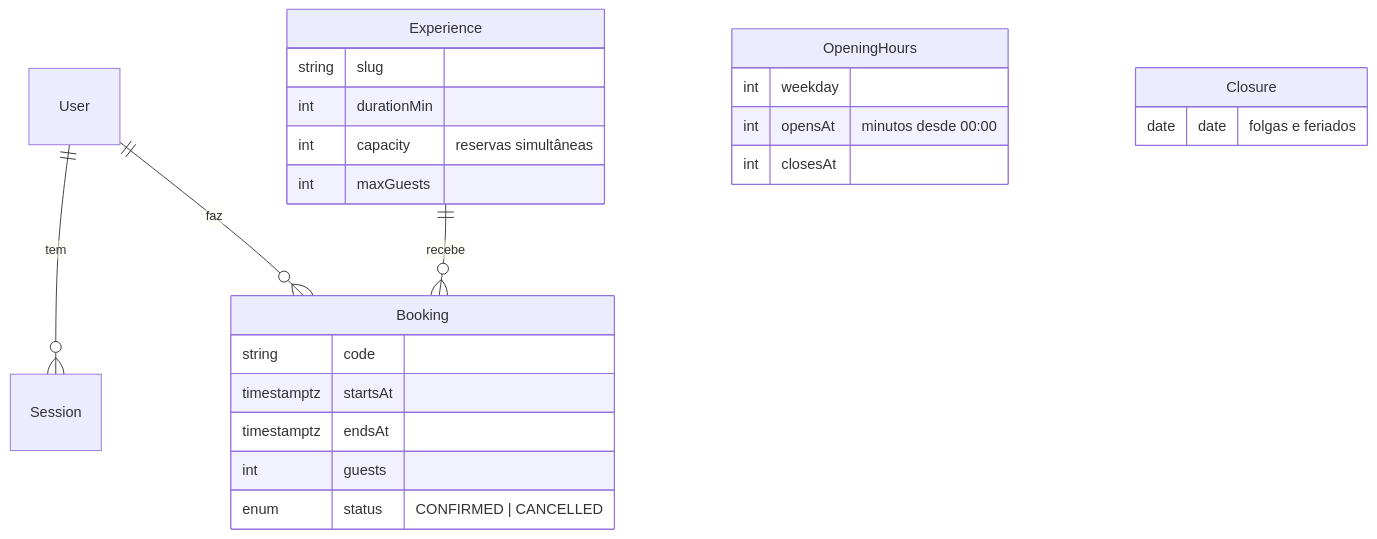
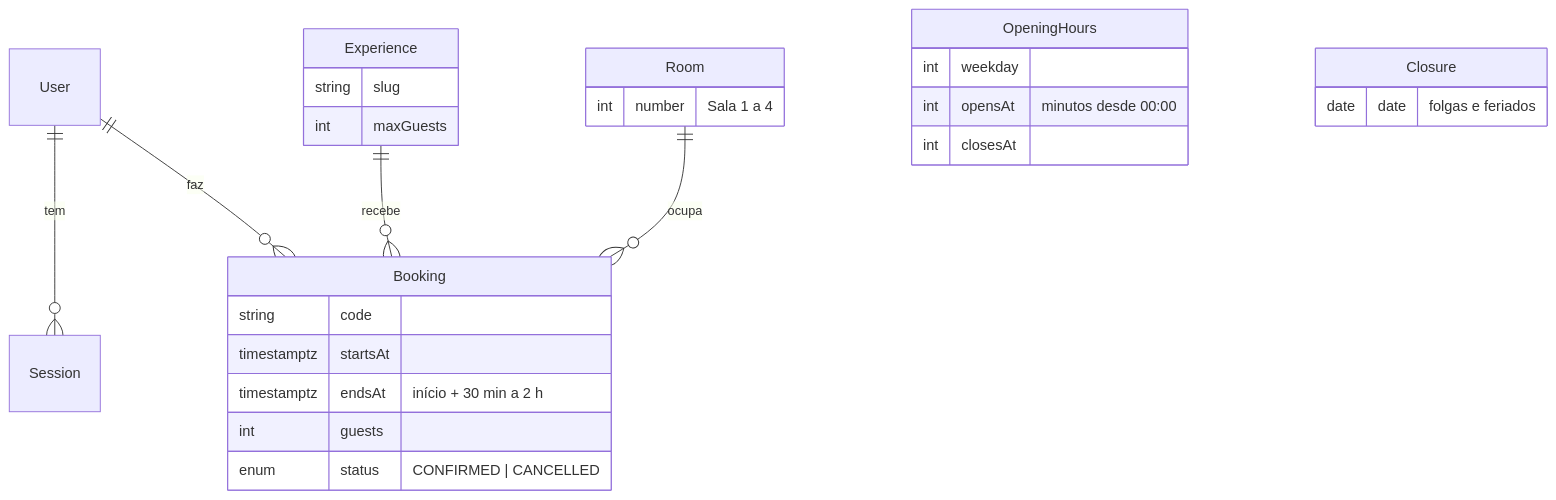
One commit to VryDeveloper/salao-jade changed the third of 3 diagrams in README.md. Above: the diagram before and after it, drawn with Mermaid. The commit also changed other lines of this file and 47 other files, not shown here.

````diff
--- a/README.md
+++ b/README.md
@@ -93,27 +113,29 @@
 ```mermaid
 erDiagram
     User ||--o{ Session : tem
     User ||--o{ Booking : faz
     Experience ||--o{ Booking : recebe
+    Room ||--o{ Booking : ocupa
     Experience {
         string slug
-        int durationMin
-        int capacity "reservas simultâneas"
         int maxGuests
+    }
+    Room {
+        int number "Sala 1 a 4"
     }
     Booking {
         string code
         timestamptz startsAt
-        timestamptz endsAt
+        timestamptz endsAt "início + 30 min a 2 h"
         int guests
         enum status "CONFIRMED | CANCELLED"
     }
     OpeningHours {
         int weekday
         int opensAt "minutos desde 00:00"
         int closesAt
     }
     Closure {
         date date "folgas e feriados"
     }
 ```
````
